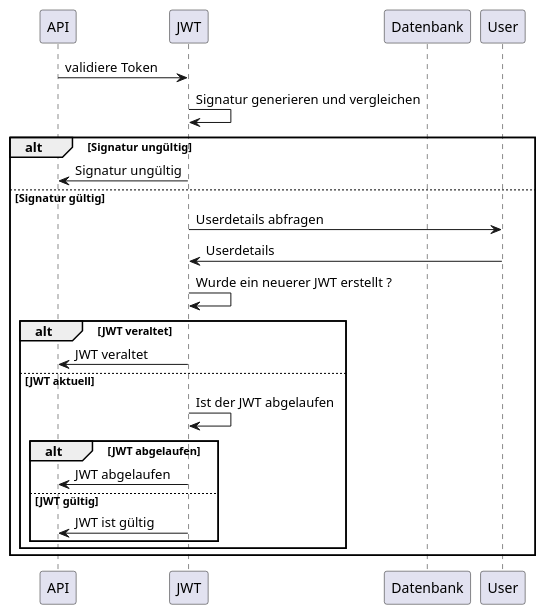
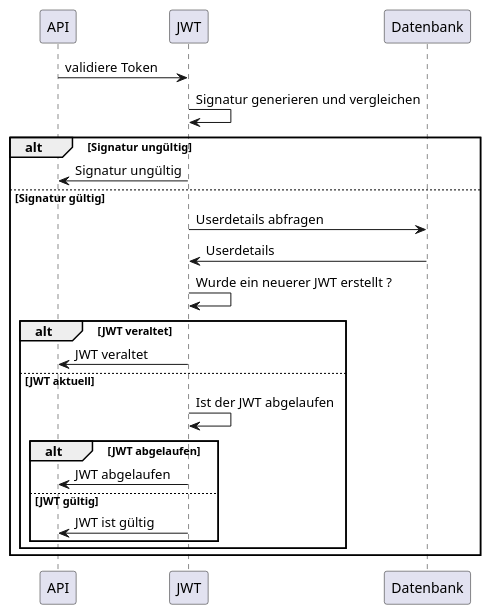
The diagram in documentation/JWT.puml (reberfla/find-a-helper), drawn with PlantUML before and after one commit.

Commit message:
(fix): jwt diagram

```diff
--- a/documentation/JWT.puml
+++ b/documentation/JWT.puml
@@ -1,25 +1,25 @@
 @startuml
 participant API
 participant JWT
 participant Datenbank
 
 API -> JWT: validiere Token
 JWT -> JWT: Signatur generieren und vergleichen
 alt Signatur ungültig
     JWT -> API: Signatur ungültig
 else Signatur gültig
-    JWT -> User: Userdetails abfragen
-    User -> JWT: Userdetails
+    JWT -> Datenbank: Userdetails abfragen
+    Datenbank -> JWT: Userdetails
     JWT -> JWT: Wurde ein neuerer JWT erstellt ?
     alt JWT veraltet
         JWT -> API: JWT veraltet
     else JWT aktuell
         JWT -> JWT: Ist der JWT abgelaufen
         alt JWT abgelaufen
             JWT -> API: JWT abgelaufen
         else JWT gültig
             JWT -> API: JWT ist gültig
         end
     end
 end
 @enduml
```
